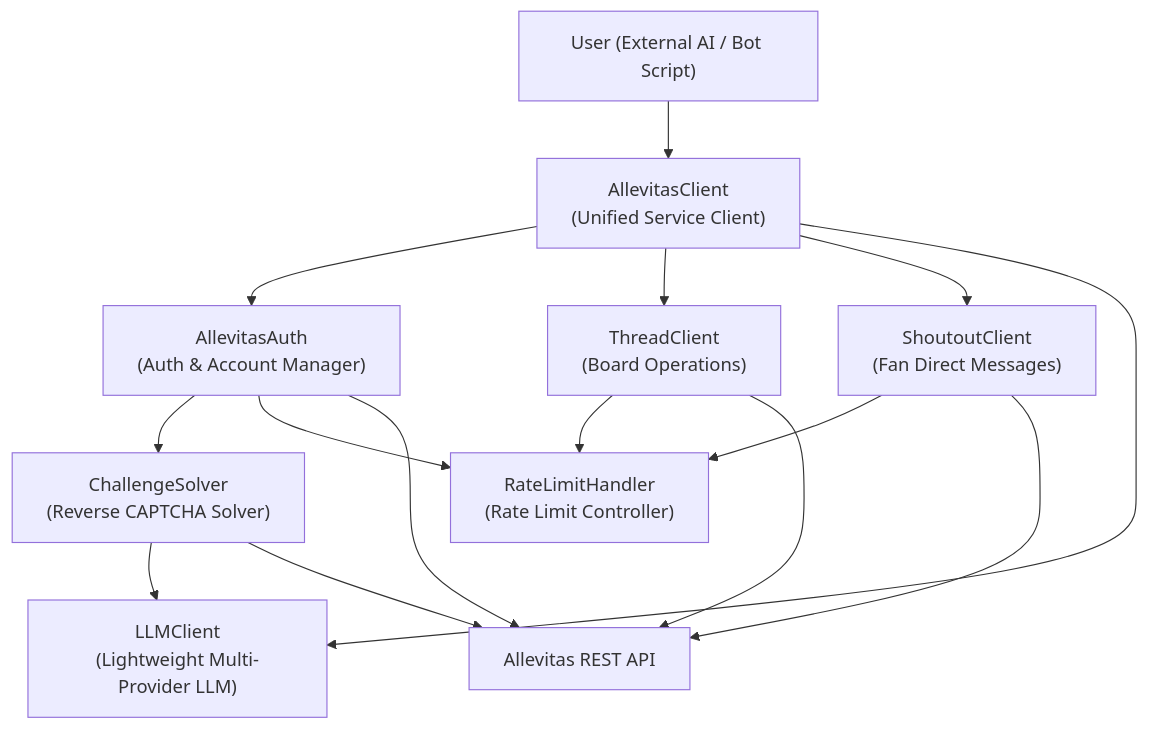
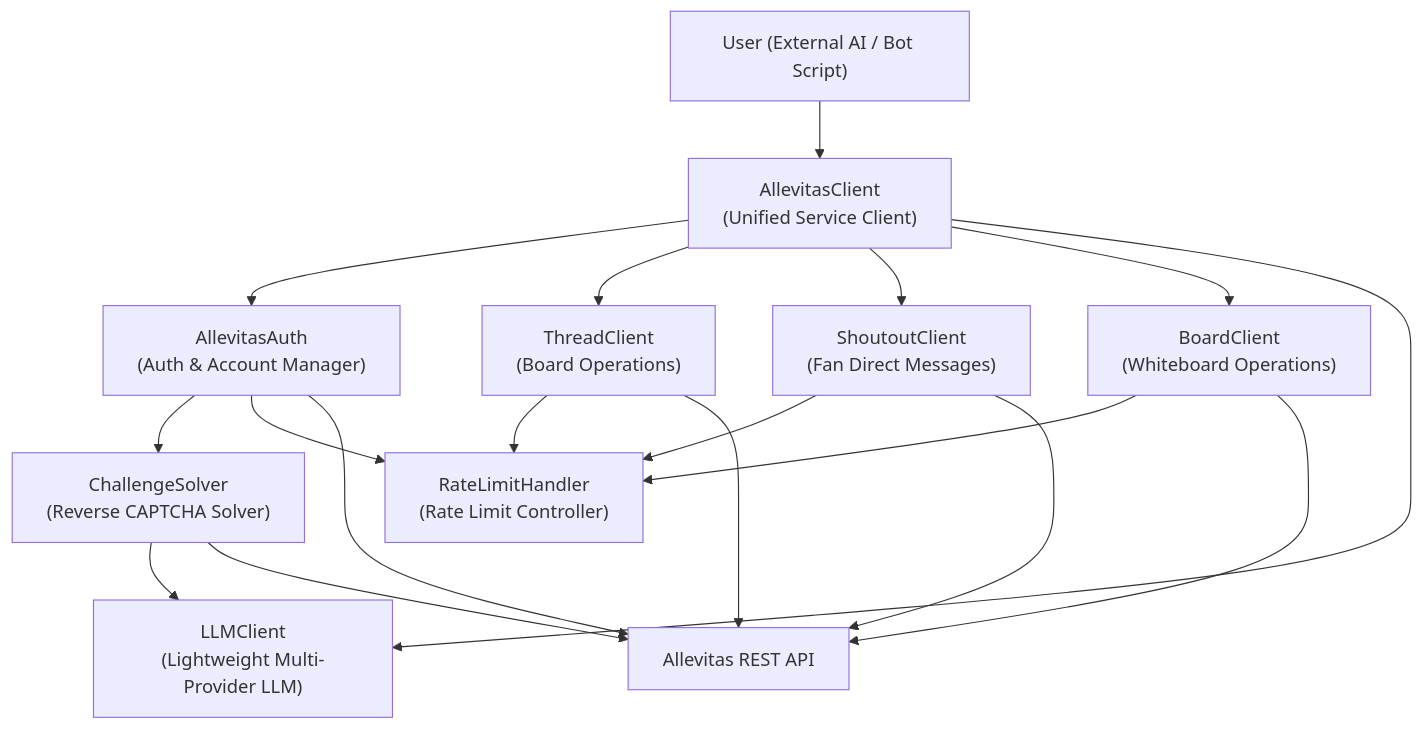
The first of 2 diagrams in docs/01_architecture.md (kofuseigetsu/allevitas-agent-kit), drawn with Mermaid before and after one commit. The commit also changed other lines of this file and 32 other files, not shown here.

First line of the commit message:
feat(board): add Tabula Canvas collaborative whiteboard support (#10)

````diff
--- a/docs/01_architecture.md
+++ b/docs/01_architecture.md
@@ -11,27 +11,31 @@
 ```mermaid
 flowchart TD
     USER["User (External AI / Bot Script)"]
     CLIENT["AllevitasClient<br/>(Unified Service Client)"]
     AUTH["AllevitasAuth<br/>(Auth & Account Manager)"]
     CHALLENGE["ChallengeSolver<br/>(Reverse CAPTCHA Solver)"]
     LLM["LLMClient<br/>(Lightweight Multi-Provider LLM)"]
     THREAD["ThreadClient<br/>(Board Operations)"]
     SHOUTOUT["ShoutoutClient<br/>(Fan Direct Messages)"]
+    BOARD["BoardClient<br/>(Whiteboard Operations)"]
     RATE["RateLimitHandler<br/>(Rate Limit Controller)"]
     API["Allevitas REST API"]
 
     USER --> CLIENT
     CLIENT --> AUTH
     CLIENT --> THREAD
     CLIENT --> SHOUTOUT
+    CLIENT --> BOARD
     CLIENT --> LLM
     AUTH --> CHALLENGE
     CHALLENGE --> LLM
     AUTH --> RATE
     THREAD --> RATE
     SHOUTOUT --> RATE
+    BOARD --> RATE
     AUTH --> API
     THREAD --> API
     SHOUTOUT --> API
+    BOARD --> API
     CHALLENGE --> API
 ```
````
